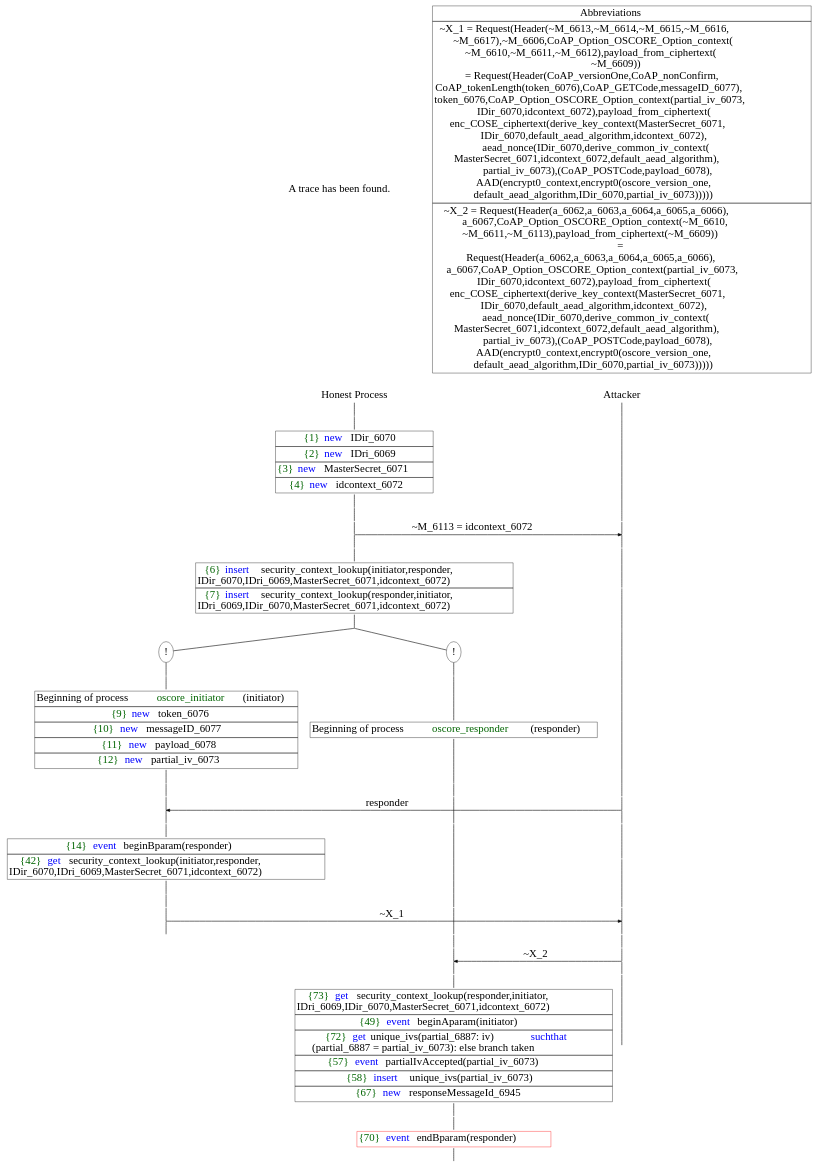
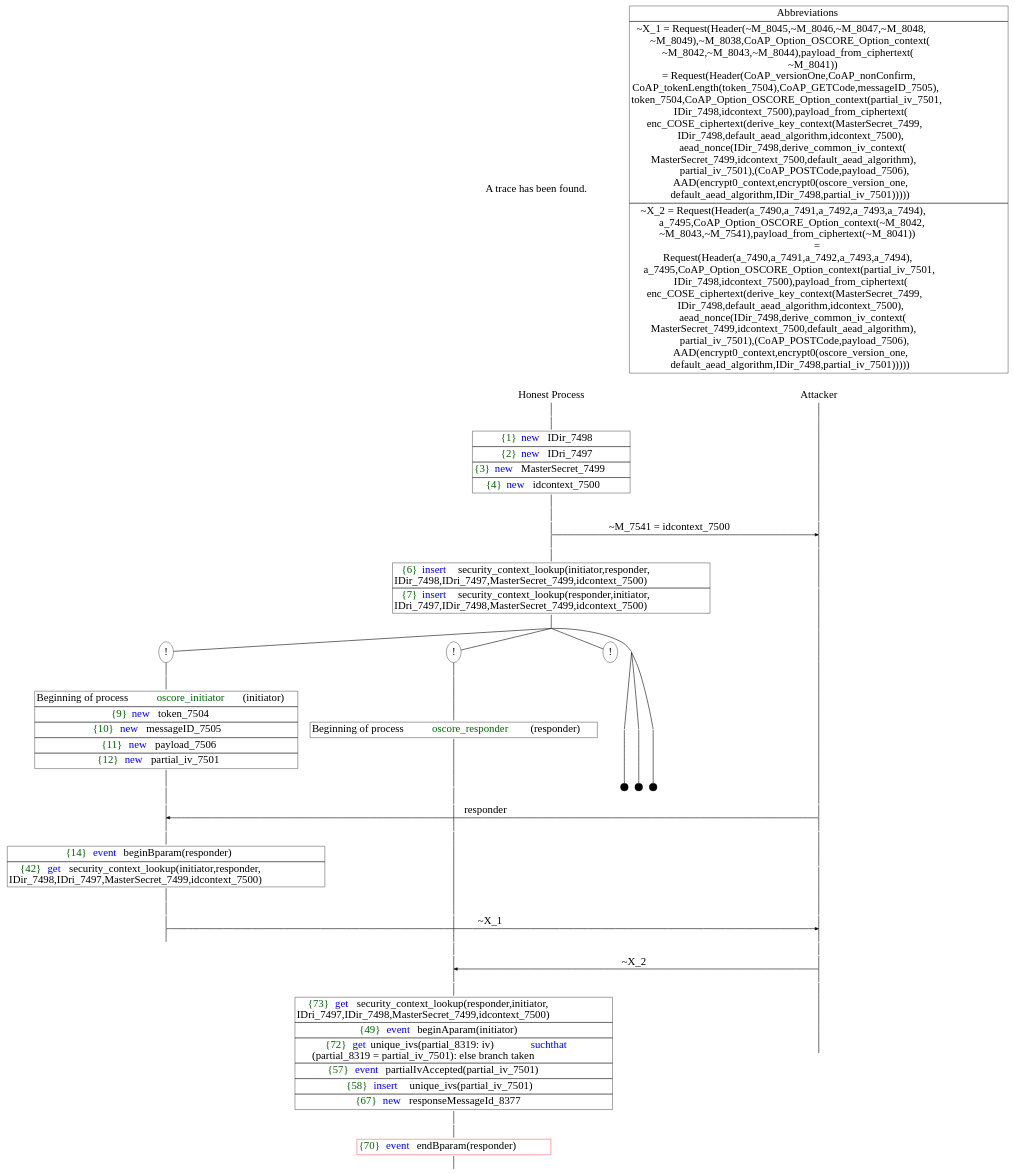
One commit to joakiti/OSCOREProverif changed the diagram in trace1.dot. Above: the diagram before and after it, drawn with Graphviz. The commit also changed 6 other files, not shown here.

```diff
--- a/trace1.dot
+++ b/trace1.dot
@@ -9,7 +9,7 @@
 Trace -> P0__0 [label = "", style = invisible, weight = 100]{rank = same; P0__0 P__0}
 P0__0 -> P0__1 [label = <>, weight = 100]
 P0__1 -> P0__2 [label = <>, weight = 100]
-P0__2 [shape = plaintext, label = <<TABLE BORDER="0" CELLBORDER="1" CELLSPACING="0" CELLPADDING="4"> <TR><TD><FONT COLOR="darkgreen">{1}</FONT><FONT COLOR="blue">new </FONT>IDir_6070</TD></TR><TR><TD><FONT COLOR="darkgreen">{2}</FONT><FONT COLOR="blue">new </FONT>IDri_6069</TD></TR><TR><TD><FONT COLOR="darkgreen">{3}</FONT><FONT COLOR="blue">new </FONT>MasterSecret_6071</TD></TR><TR><TD><FONT COLOR="darkgreen">{4}</FONT><FONT COLOR="blue">new </FONT>idcontext_6072</TD></TR></TABLE>>]
+P0__2 [shape = plaintext, label = <<TABLE BORDER="0" CELLBORDER="1" CELLSPACING="0" CELLPADDING="4"> <TR><TD><FONT COLOR="darkgreen">{1}</FONT><FONT COLOR="blue">new </FONT>IDir_7498</TD></TR><TR><TD><FONT COLOR="darkgreen">{2}</FONT><FONT COLOR="blue">new </FONT>IDri_7497</TD></TR><TR><TD><FONT COLOR="darkgreen">{3}</FONT><FONT COLOR="blue">new </FONT>MasterSecret_7499</TD></TR><TR><TD><FONT COLOR="darkgreen">{4}</FONT><FONT COLOR="blue">new </FONT>idcontext_7500</TD></TR></TABLE>>]
 P0__2 -> P0__3 [label = <>, weight = 100]
 P0__3 -> P0__4 [label = <>, weight = 100]
 P__0 -> P__1 [label = <>, weight = 100]
@@ -17,116 +17,179 @@
 P0__4 -> P0__5 [label = <>, weight = 100]
 P__1 -> P__2 [label = <>, weight = 100]
 {rank = same; P__2 P0__5}
-P0__5 -> P__2 [label = <~M_6113 = idcontext_6072>, arrowhead = normal]
+P0__5 -> P__2 [label = <~M_7541 = idcontext_7500>, arrowhead = normal]
 P0__5 -> P0__6 [label = <>, weight = 100]
 P__2 -> P__3 [label = <>, weight = 100]
 {rank = same; P__3 P0__6}
 P0__6 -> P0__7 [label = <>, weight = 100]
 P0__7 [shape = plaintext, label = <<TABLE BORDER="0" CELLBORDER="1" CELLSPACING="0" CELLPADDING="4"> <TR><TD><FONT COLOR="darkgreen">{6}</FONT><FONT COLOR="blue">insert </FONT>security_context_lookup(initiator,responder,<br/>
-IDir_6070,IDri_6069,MasterSecret_6071,idcontext_6072)<br/>
+IDir_7498,IDri_7497,MasterSecret_7499,idcontext_7500)<br/>
 </TD></TR><TR><TD><FONT COLOR="darkgreen">{7}</FONT><FONT COLOR="blue">insert </FONT>security_context_lookup(responder,initiator,<br/>
-IDri_6069,IDir_6070,MasterSecret_6071,idcontext_6072)<br/>
+IDri_7497,IDir_7498,MasterSecret_7499,idcontext_7500)<br/>
 </TD></TR></TABLE>>]
 P0__7 -> P0__8 [label = <>, weight = 100]
 P__3 -> P__4 [label = <>, weight = 100]
 {rank = same; P__4 P0__7}
 /*RPar */
+P0__8 -> P0_3__8 [label = <>]
+P0__8 -> P0_2__8 [label = <>]
 P0__8 -> P0_1__8 [label = <>]
 P0__8 -> P0_0__8 [label = <>]
 P0__8 [label = "", fixedsize = false, width = 0, height = 0, shape = none]
-{rank = same; P0_0__8 P0_1__8}
-P0_0__8 [label = "!", shape = ellipse]
-P0_0_0__8 [label = "", fixedsize = false, width = 0, height = 0, shape = none]
-P0_0__8 -> P0_0_0__8 [label = <>, weight = 100]
+{rank = same; P0_0__8 P0_1__8 P0_2__8 P0_3__8}
+/*RPar */
+P0_0__8 -> P0_0_2__8 [label = <>]
+P0_0__8 -> P0_0_1__8 [label = <>]
+P0_0__8 -> P0_0_0__8 [label = <>]
+P0_0__8 [label = "", fixedsize = false, width = 0, height = 0, shape = none]
+{rank = same; P0_0_0__8 P0_0_1__8 P0_0_2__8}
+P0_0_0__9 [label = "", width = 0.3, height = 0.3]
 P0_0_0__8 -> P0_0_0__9 [label = <>, weight = 100]
-P0_0_0__9 [shape = plaintext, label = <<TABLE BORDER="0" CELLBORDER="1" CELLSPACING="0" CELLPADDING="4"> <TR><TD>Beginning of process <FONT COLOR="darkgreen">oscore_responder</FONT>(responder)<br/>
+P0_0_1__9 [label = "", width = 0.3, height = 0.3]
+P0_0_1__8 -> P0_0_1__9 [label = <>, weight = 100]
+P0_0_2__9 [label = "", width = 0.3, height = 0.3]
+P0_0_2__8 -> P0_0_2__9 [label = <>, weight = 100]
+P0_1__8 [label = "!", shape = ellipse]
+P0_2__8 [label = "!", shape = ellipse]
+P0_2_0__8 [label = "", fixedsize = false, width = 0, height = 0, shape = none]
+P0_2__8 -> P0_2_0__8 [label = <>, weight = 100]
+P0_2_0__8 -> P0_2_0__9 [label = <>, weight = 100]
+P0_2_0__9 [shape = plaintext, label = <<TABLE BORDER="0" CELLBORDER="1" CELLSPACING="0" CELLPADDING="4"> <TR><TD>Beginning of process <FONT COLOR="darkgreen">oscore_responder</FONT>(responder)<br/>
 </TD></TR></TABLE>>]
-P0_0_0__9 -> P0_0_0__10 [label = <>, weight = 100]
-P0_1__8 [label = "!", shape = ellipse]
-P0_1_0__8 [label = "", fixedsize = false, width = 0, height = 0, shape = none]
-P0_1__8 -> P0_1_0__8 [label = <>, weight = 100]
-P0_1_0__8 -> P0_1_0__9 [label = <>, weight = 100]
-P0_1_0__9 [shape = plaintext, label = <<TABLE BORDER="0" CELLBORDER="1" CELLSPACING="0" CELLPADDING="4"> <TR><TD>Beginning of process <FONT COLOR="darkgreen">oscore_initiator</FONT>(initiator)<br/>
-</TD></TR><TR><TD><FONT COLOR="darkgreen">{9}</FONT><FONT COLOR="blue">new </FONT>token_6076</TD></TR><TR><TD><FONT COLOR="darkgreen">{10}</FONT><FONT COLOR="blue">new </FONT>messageID_6077</TD></TR><TR><TD><FONT COLOR="darkgreen">{11}</FONT><FONT COLOR="blue">new </FONT>payload_6078</TD></TR><TR><TD><FONT COLOR="darkgreen">{12}</FONT><FONT COLOR="blue">new </FONT>partial_iv_6073</TD></TR></TABLE>>]
-P0_1_0__9 -> P0_1_0__10 [label = <>, weight = 100]
-P0_1_0__10 -> P0_1_0__11 [label = <>, weight = 100]
-P0_0_0__10 -> P0_0_0__11 [label = <>, weight = 100]
+P0_2_0__9 -> P0_2_0__10 [label = <>, weight = 100]
+P0_3__8 [label = "!", shape = ellipse]
+P0_3_0__8 [label = "", fixedsize = false, width = 0, height = 0, shape = none]
+P0_3__8 -> P0_3_0__8 [label = <>, weight = 100]
+P0_3_0__8 -> P0_3_0__9 [label = <>, weight = 100]
+P0_3_0__9 [shape = plaintext, label = <<TABLE BORDER="0" CELLBORDER="1" CELLSPACING="0" CELLPADDING="4"> <TR><TD>Beginning of process <FONT COLOR="darkgreen">oscore_initiator</FONT>(initiator)<br/>
+</TD></TR><TR><TD><FONT COLOR="darkgreen">{9}</FONT><FONT COLOR="blue">new </FONT>token_7504</TD></TR><TR><TD><FONT COLOR="darkgreen">{10}</FONT><FONT COLOR="blue">new </FONT>messageID_7505</TD></TR><TR><TD><FONT COLOR="darkgreen">{11}</FONT><FONT COLOR="blue">new </FONT>payload_7506</TD></TR><TR><TD><FONT COLOR="darkgreen">{12}</FONT><FONT COLOR="blue">new </FONT>partial_iv_7501</TD></TR></TABLE>>]
+P0_3_0__9 -> P0_3_0__10 [label = <>, weight = 100]
+P0_3_0__10 -> P0_3_0__11 [label = <>, weight = 100]
+P0_2_0__10 -> P0_2_0__11 [label = <>, weight = 100]
+P0_1__9 [label = "", style = invisible]
+P0_1__8 -> P0_1__9 [label = <>, weight = 100, style = invisible]
+P0_0_2__10 [label = "", style = invisible]
+P0_0_2__9 -> P0_0_2__10 [label = <>, weight = 100, style = invisible]
+P0_0_1__10 [label = "", style = invisible]
+P0_0_1__9 -> P0_0_1__10 [label = <>, weight = 100, style = invisible]
+P0_0_0__10 [label = "", style = invisible]
+P0_0_0__9 -> P0_0_0__10 [label = <>, weight = 100, style = invisible]
 P__4 -> P__5 [label = <>, weight = 100]
-{rank = same; P__5 P0_0_0__11 P0_1_0__11}
-P0_1_0__11 -> P0_1_0__12 [label = <>, weight = 100]
+{rank = same; P__5 P0_0_0__10 P0_0_1__10 P0_0_2__10 P0_1__9 P0_2_0__11 P0_3_0__11}
+P0_3_0__11 -> P0_3_0__12 [label = <>, weight = 100]
 P__5 -> P__6 [label = <>, weight = 100]
-{rank = same; P__6 P0_1_0__12}
-P0_1_0__12 -> P__6 [label = <responder>, dir = back, arrowhead = normal]
-P0_1_0__12 -> P0_1_0__13 [label = <>, weight = 100]
-P0_0_0__11 -> P0_0_0__12 [label = <>, weight = 100]
+{rank = same; P__6 P0_3_0__12}
+P0_3_0__12 -> P__6 [label = <responder>, dir = back, arrowhead = normal]
+P0_3_0__12 -> P0_3_0__13 [label = <>, weight = 100]
+P0_2_0__11 -> P0_2_0__12 [label = <>, weight = 100]
+P0_1__10 [label = "", style = invisible]
+P0_1__9 -> P0_1__10 [label = <>, weight = 100, style = invisible]
+P0_0_2__11 [label = "", style = invisible]
+P0_0_2__10 -> P0_0_2__11 [label = <>, weight = 100, style = invisible]
+P0_0_1__11 [label = "", style = invisible]
+P0_0_1__10 -> P0_0_1__11 [label = <>, weight = 100, style = invisible]
+P0_0_0__11 [label = "", style = invisible]
+P0_0_0__10 -> P0_0_0__11 [label = <>, weight = 100, style = invisible]
 P__6 -> P__7 [label = <>, weight = 100]
-{rank = same; P__7 P0_0_0__12 P0_1_0__13}
-P0_1_0__13 -> P0_1_0__14 [label = <>, weight = 100]
-P0_1_0__14 [shape = plaintext, label = <<TABLE BORDER="0" CELLBORDER="1" CELLSPACING="0" CELLPADDING="4"> <TR><TD><FONT COLOR="darkgreen">{14}</FONT><FONT COLOR="blue">event</FONT> beginBparam(responder)</TD></TR><TR><TD><FONT COLOR="darkgreen">{42}</FONT><FONT COLOR="blue">get </FONT>security_context_lookup(initiator,responder,<br/>
-IDir_6070,IDri_6069,MasterSecret_6071,idcontext_6072)<br/>
+{rank = same; P__7 P0_0_0__11 P0_0_1__11 P0_0_2__11 P0_1__10 P0_2_0__12 P0_3_0__13}
+P0_3_0__13 -> P0_3_0__14 [label = <>, weight = 100]
+P0_3_0__14 [shape = plaintext, label = <<TABLE BORDER="0" CELLBORDER="1" CELLSPACING="0" CELLPADDING="4"> <TR><TD><FONT COLOR="darkgreen">{14}</FONT><FONT COLOR="blue">event</FONT> beginBparam(responder)</TD></TR><TR><TD><FONT COLOR="darkgreen">{42}</FONT><FONT COLOR="blue">get </FONT>security_context_lookup(initiator,responder,<br/>
+IDir_7498,IDri_7497,MasterSecret_7499,idcontext_7500)<br/>
 </TD></TR></TABLE>>]
-P0_1_0__14 -> P0_1_0__15 [label = <>, weight = 100]
+P0_3_0__14 -> P0_3_0__15 [label = <>, weight = 100]
 P__7 -> P__8 [label = <>, weight = 100]
-{rank = same; P__8 P0_1_0__14}
-P0_1_0__15 -> P0_1_0__16 [label = <>, weight = 100]
-P0_0_0__12 -> P0_0_0__13 [label = <>, weight = 100]
+{rank = same; P__8 P0_3_0__14}
+P0_3_0__15 -> P0_3_0__16 [label = <>, weight = 100]
+P0_2_0__12 -> P0_2_0__13 [label = <>, weight = 100]
+P0_1__11 [label = "", style = invisible]
+P0_1__10 -> P0_1__11 [label = <>, weight = 100, style = invisible]
+P0_0_2__12 [label = "", style = invisible]
+P0_0_2__11 -> P0_0_2__12 [label = <>, weight = 100, style = invisible]
+P0_0_1__12 [label = "", style = invisible]
+P0_0_1__11 -> P0_0_1__12 [label = <>, weight = 100, style = invisible]
+P0_0_0__12 [label = "", style = invisible]
+P0_0_0__11 -> P0_0_0__12 [label = <>, weight = 100, style = invisible]
 P__8 -> P__9 [label = <>, weight = 100]
-{rank = same; P__9 P0_0_0__13 P0_1_0__16}
-P0_1_0__16 -> P0_1_0__17 [label = <>, weight = 100]
+{rank = same; P__9 P0_0_0__12 P0_0_1__12 P0_0_2__12 P0_1__11 P0_2_0__13 P0_3_0__16}
+P0_3_0__16 -> P0_3_0__17 [label = <>, weight = 100]
 P__9 -> P__10 [label = <>, weight = 100]
-{rank = same; P__10 P0_1_0__17}
-P0_1_0__17 -> P__10 [label = <~X_1>, arrowhead = normal]
-P0_1_0__17 -> P0_1_0__18 [label = <>, weight = 100]
-P0_0_0__13 -> P0_0_0__14 [label = <>, weight = 100]
+{rank = same; P__10 P0_3_0__17}
+P0_3_0__17 -> P__10 [label = <~X_1>, arrowhead = normal]
+P0_3_0__17 -> P0_3_0__18 [label = <>, weight = 100]
+P0_2_0__13 -> P0_2_0__14 [label = <>, weight = 100]
+P0_1__12 [label = "", style = invisible]
+P0_1__11 -> P0_1__12 [label = <>, weight = 100, style = invisible]
+P0_0_2__13 [label = "", style = invisible]
+P0_0_2__12 -> P0_0_2__13 [label = <>, weight = 100, style = invisible]
+P0_0_1__13 [label = "", style = invisible]
+P0_0_1__12 -> P0_0_1__13 [label = <>, weight = 100, style = invisible]
+P0_0_0__13 [label = "", style = invisible]
+P0_0_0__12 -> P0_0_0__13 [label = <>, weight = 100, style = invisible]
 P__10 -> P__11 [label = <>, weight = 100]
-{rank = same; P__11 P0_0_0__14 P0_1_0__18}
-P0_0_0__14 -> P0_0_0__15 [label = <>, weight = 100]
+{rank = same; P__11 P0_0_0__13 P0_0_1__13 P0_0_2__13 P0_1__12 P0_2_0__14 P0_3_0__18}
+P0_2_0__14 -> P0_2_0__15 [label = <>, weight = 100]
+P0_1__13 [label = "", style = invisible]
+P0_1__12 -> P0_1__13 [label = <>, weight = 100, style = invisible]
+P0_0_2__14 [label = "", style = invisible]
+P0_0_2__13 -> P0_0_2__14 [label = <>, weight = 100, style = invisible]
+P0_0_1__14 [label = "", style = invisible]
+P0_0_1__13 -> P0_0_1__14 [label = <>, weight = 100, style = invisible]
+P0_0_0__14 [label = "", style = invisible]
+P0_0_0__13 -> P0_0_0__14 [label = <>, weight = 100, style = invisible]
 P__11 -> P__12 [label = <>, weight = 100]
-{rank = same; P__12 P0_0_0__15}
-P0_0_0__15 -> P0_0_0__16 [label = <>, weight = 100]
+{rank = same; P__12 P0_0_0__14 P0_0_1__14 P0_0_2__14 P0_1__13 P0_2_0__15}
+P0_2_0__15 -> P0_2_0__16 [label = <>, weight = 100]
 P__12 -> P__13 [label = <>, weight = 100]
-{rank = same; P__13 P0_0_0__16}
-P0_0_0__16 -> P__13 [label = <~X_2>, dir = back, arrowhead = normal]
-P0_0_0__16 -> P0_0_0__17 [label = <>, weight = 100]
+{rank = same; P__13 P0_2_0__16}
+P0_2_0__16 -> P__13 [label = <~X_2>, dir = back, arrowhead = normal]
+P0_2_0__16 -> P0_2_0__17 [label = <>, weight = 100]
+P0_1__14 [label = "", style = invisible]
+P0_1__13 -> P0_1__14 [label = <>, weight = 100, style = invisible]
+P0_0_2__15 [label = "", style = invisible]
+P0_0_2__14 -> P0_0_2__15 [label = <>, weight = 100, style = invisible]
+P0_0_1__15 [label = "", style = invisible]
+P0_0_1__14 -> P0_0_1__15 [label = <>, weight = 100, style = invisible]
+P0_0_0__15 [label = "", style = invisible]
+P0_0_0__14 -> P0_0_0__15 [label = <>, weight = 100, style = invisible]
 P__13 -> P__14 [label = <>, weight = 100]
-{rank = same; P__14 P0_0_0__17}
-P0_0_0__17 -> P0_0_0__18 [label = <>, weight = 100]
-P0_0_0__18 [shape = plaintext, label = <<TABLE BORDER="0" CELLBORDER="1" CELLSPACING="0" CELLPADDING="4"> <TR><TD><FONT COLOR="darkgreen">{73}</FONT><FONT COLOR="blue">get </FONT>security_context_lookup(responder,initiator,<br/>
-IDri_6069,IDir_6070,MasterSecret_6071,idcontext_6072)<br/>
-</TD></TR><TR><TD><FONT COLOR="darkgreen">{49}</FONT><FONT COLOR="blue">event</FONT> beginAparam(initiator)</TD></TR><TR><TD><FONT COLOR="darkgreen">{72}</FONT><FONT COLOR="blue">get</FONT> unique_ivs(partial_6887: iv) <FONT COLOR="blue">suchthat</FONT> <br/>
-(partial_6887 = partial_iv_6073): else branch taken<br/>
-</TD></TR><TR><TD><FONT COLOR="darkgreen">{57}</FONT><FONT COLOR="blue">event</FONT> partialIvAccepted(partial_iv_6073)</TD></TR><TR><TD><FONT COLOR="darkgreen">{58}</FONT><FONT COLOR="blue">insert </FONT>unique_ivs(partial_iv_6073)</TD></TR><TR><TD><FONT COLOR="darkgreen">{67}</FONT><FONT COLOR="blue">new </FONT>responseMessageId_6945</TD></TR></TABLE>>]
-P0_0_0__18 -> P0_0_0__19 [label = <>, weight = 100]
+{rank = same; P__14 P0_0_0__15 P0_0_1__15 P0_0_2__15 P0_1__14 P0_2_0__17}
+P0_2_0__17 -> P0_2_0__18 [label = <>, weight = 100]
+P0_2_0__18 [shape = plaintext, label = <<TABLE BORDER="0" CELLBORDER="1" CELLSPACING="0" CELLPADDING="4"> <TR><TD><FONT COLOR="darkgreen">{73}</FONT><FONT COLOR="blue">get </FONT>security_context_lookup(responder,initiator,<br/>
+IDri_7497,IDir_7498,MasterSecret_7499,idcontext_7500)<br/>
+</TD></TR><TR><TD><FONT COLOR="darkgreen">{49}</FONT><FONT COLOR="blue">event</FONT> beginAparam(initiator)</TD></TR><TR><TD><FONT COLOR="darkgreen">{72}</FONT><FONT COLOR="blue">get</FONT> unique_ivs(partial_8319: iv) <FONT COLOR="blue">suchthat</FONT> <br/>
+(partial_8319 = partial_iv_7501): else branch taken<br/>
+</TD></TR><TR><TD><FONT COLOR="darkgreen">{57}</FONT><FONT COLOR="blue">event</FONT> partialIvAccepted(partial_iv_7501)</TD></TR><TR><TD><FONT COLOR="darkgreen">{58}</FONT><FONT COLOR="blue">insert </FONT>unique_ivs(partial_iv_7501)</TD></TR><TR><TD><FONT COLOR="darkgreen">{67}</FONT><FONT COLOR="blue">new </FONT>responseMessageId_8377</TD></TR></TABLE>>]
+P0_2_0__18 -> P0_2_0__19 [label = <>, weight = 100]
 P__14 -> P__15 [label = <>, weight = 100]
-{rank = same; P__15 P0_0_0__18}
-P0_0_0__19 -> P0_0_0__20 [label = <>, weight = 100]
-P0_0_0__20 [color = red, shape = plaintext, label = <<TABLE BORDER="0" CELLBORDER="1" CELLSPACING="0" CELLPADDING="4"> <TR><TD><FONT COLOR="darkgreen">{70}</FONT><FONT COLOR="blue">event</FONT> endBparam(responder)</TD></TR></TABLE>>]
-P0_0_0__20 -> P0_0_0__21 [label = <>, weight = 100]
-Abbrev [shape = plaintext, label = <<TABLE BORDER="0" CELLBORDER="1" CELLSPACING="0" CELLPADDING="4"><TR> <TD> Abbreviations </TD></TR><TR><TD>~X_1 = Request(Header(~M_6613,~M_6614,~M_6615,~M_6616,<br/>
-~M_6617),~M_6606,CoAP_Option_OSCORE_Option_context(<br/>
-~M_6610,~M_6611,~M_6612),payload_from_ciphertext(<br/>
-~M_6609))<br/>
+{rank = same; P__15 P0_2_0__18}
+P0_2_0__19 -> P0_2_0__20 [label = <>, weight = 100]
+P0_2_0__20 [color = red, shape = plaintext, label = <<TABLE BORDER="0" CELLBORDER="1" CELLSPACING="0" CELLPADDING="4"> <TR><TD><FONT COLOR="darkgreen">{70}</FONT><FONT COLOR="blue">event</FONT> endBparam(responder)</TD></TR></TABLE>>]
+P0_2_0__20 -> P0_2_0__21 [label = <>, weight = 100]
+Abbrev [shape = plaintext, label = <<TABLE BORDER="0" CELLBORDER="1" CELLSPACING="0" CELLPADDING="4"><TR> <TD> Abbreviations </TD></TR><TR><TD>~X_1 = Request(Header(~M_8045,~M_8046,~M_8047,~M_8048,<br/>
+~M_8049),~M_8038,CoAP_Option_OSCORE_Option_context(<br/>
+~M_8042,~M_8043,~M_8044),payload_from_ciphertext(<br/>
+~M_8041))<br/>
 = Request(Header(CoAP_versionOne,CoAP_nonConfirm,<br/>
-CoAP_tokenLength(token_6076),CoAP_GETCode,messageID_6077),<br/>
-token_6076,CoAP_Option_OSCORE_Option_context(partial_iv_6073,<br/>
-IDir_6070,idcontext_6072),payload_from_ciphertext(<br/>
-enc_COSE_ciphertext(derive_key_context(MasterSecret_6071,<br/>
-IDir_6070,default_aead_algorithm,idcontext_6072),<br/>
-aead_nonce(IDir_6070,derive_common_iv_context(<br/>
-MasterSecret_6071,idcontext_6072,default_aead_algorithm),<br/>
-partial_iv_6073),(CoAP_POSTCode,payload_6078),<br/>
+CoAP_tokenLength(token_7504),CoAP_GETCode,messageID_7505),<br/>
+token_7504,CoAP_Option_OSCORE_Option_context(partial_iv_7501,<br/>
+IDir_7498,idcontext_7500),payload_from_ciphertext(<br/>
+enc_COSE_ciphertext(derive_key_context(MasterSecret_7499,<br/>
+IDir_7498,default_aead_algorithm,idcontext_7500),<br/>
+aead_nonce(IDir_7498,derive_common_iv_context(<br/>
+MasterSecret_7499,idcontext_7500,default_aead_algorithm),<br/>
+partial_iv_7501),(CoAP_POSTCode,payload_7506),<br/>
 AAD(encrypt0_context,encrypt0(oscore_version_one,<br/>
-default_aead_algorithm,IDir_6070,partial_iv_6073)))))</TD></TR><TR><TD>~X_2 = Request(Header(a_6062,a_6063,a_6064,a_6065,a_6066),<br/>
-a_6067,CoAP_Option_OSCORE_Option_context(~M_6610,<br/>
-~M_6611,~M_6113),payload_from_ciphertext(~M_6609))<br/>
+default_aead_algorithm,IDir_7498,partial_iv_7501)))))</TD></TR><TR><TD>~X_2 = Request(Header(a_7490,a_7491,a_7492,a_7493,a_7494),<br/>
+a_7495,CoAP_Option_OSCORE_Option_context(~M_8042,<br/>
+~M_8043,~M_7541),payload_from_ciphertext(~M_8041))<br/>
 =<br/>
-Request(Header(a_6062,a_6063,a_6064,a_6065,a_6066),<br/>
-a_6067,CoAP_Option_OSCORE_Option_context(partial_iv_6073,<br/>
-IDir_6070,idcontext_6072),payload_from_ciphertext(<br/>
-enc_COSE_ciphertext(derive_key_context(MasterSecret_6071,<br/>
-IDir_6070,default_aead_algorithm,idcontext_6072),<br/>
-aead_nonce(IDir_6070,derive_common_iv_context(<br/>
-MasterSecret_6071,idcontext_6072,default_aead_algorithm),<br/>
-partial_iv_6073),(CoAP_POSTCode,payload_6078),<br/>
+Request(Header(a_7490,a_7491,a_7492,a_7493,a_7494),<br/>
+a_7495,CoAP_Option_OSCORE_Option_context(partial_iv_7501,<br/>
+IDir_7498,idcontext_7500),payload_from_ciphertext(<br/>
+enc_COSE_ciphertext(derive_key_context(MasterSecret_7499,<br/>
+IDir_7498,default_aead_algorithm,idcontext_7500),<br/>
+aead_nonce(IDir_7498,derive_common_iv_context(<br/>
+MasterSecret_7499,idcontext_7500,default_aead_algorithm),<br/>
+partial_iv_7501),(CoAP_POSTCode,payload_7506),<br/>
 AAD(encrypt0_context,encrypt0(oscore_version_one,<br/>
-default_aead_algorithm,IDir_6070,partial_iv_6073)))))</TD></TR></TABLE>>]Abbrev -> P__0 [style = invisible, weight =100]}
+default_aead_algorithm,IDir_7498,partial_iv_7501)))))</TD></TR></TABLE>>]Abbrev -> P__0 [style = invisible, weight =100]}
```
